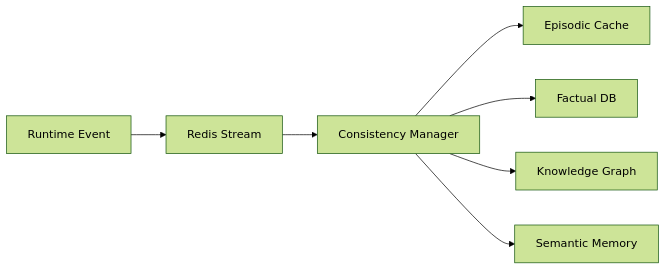
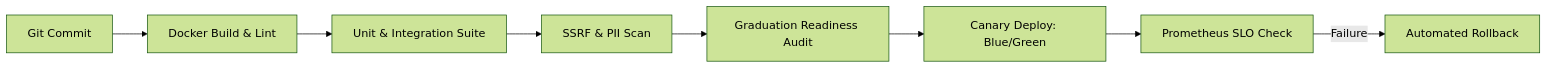
The eighth of 12 diagrams in README.md (Blackdrg/levi-ai-innovate), drawn with Mermaid (forest theme) before and after one commit. The commit also changed other lines of this file and 34 other files, not shown here.

Commit message:
feat: finalize production documentation and architectural hardening

````diff
--- a/README.md
+++ b/README.md
@@ -948,9 +203,10 @@
 ```mermaid
 graph LR
-    Runtime[Runtime Event] --> Stream[Redis Stream]
-    Stream --> MCM[Consistency Manager]
-    MCM --> Redis[Episodic Cache]
-    MCM --> PG[Factual DB]
-    MCM --> Neo4j[Knowledge Graph]
-    MCM --> Vector[Semantic Memory]
+    Commit[Git Commit] --> Build[Docker Build & Lint]
+    Build --> Test[Unit & Integration Suite]
+    Test --> Security[SSRF & PII Scan]
+    Security --> Audit[Graduation Readiness Audit]
+    Audit --> Deploy[Canary Deploy: Blue/Green]
+    Deploy --> Monitor[Prometheus SLO Check]
+    Monitor -- Failure --> Rollback[Automated Rollback]
 ```
````
